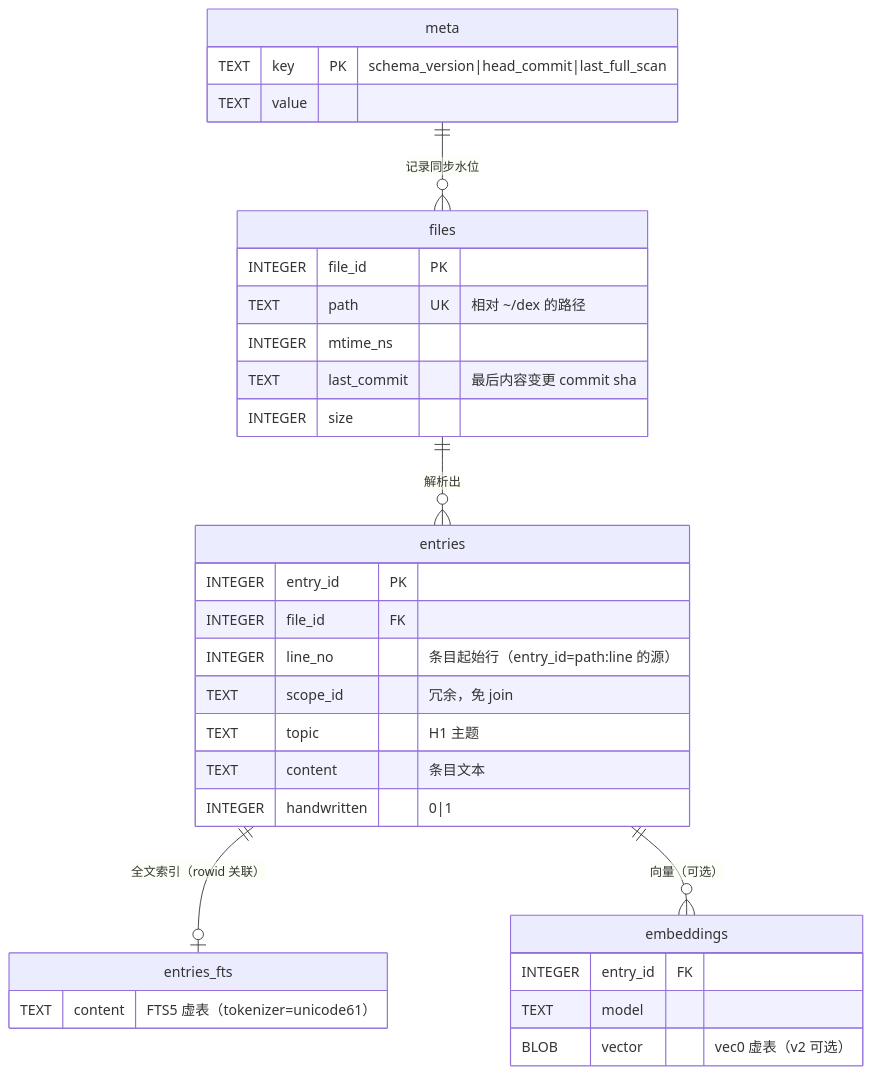
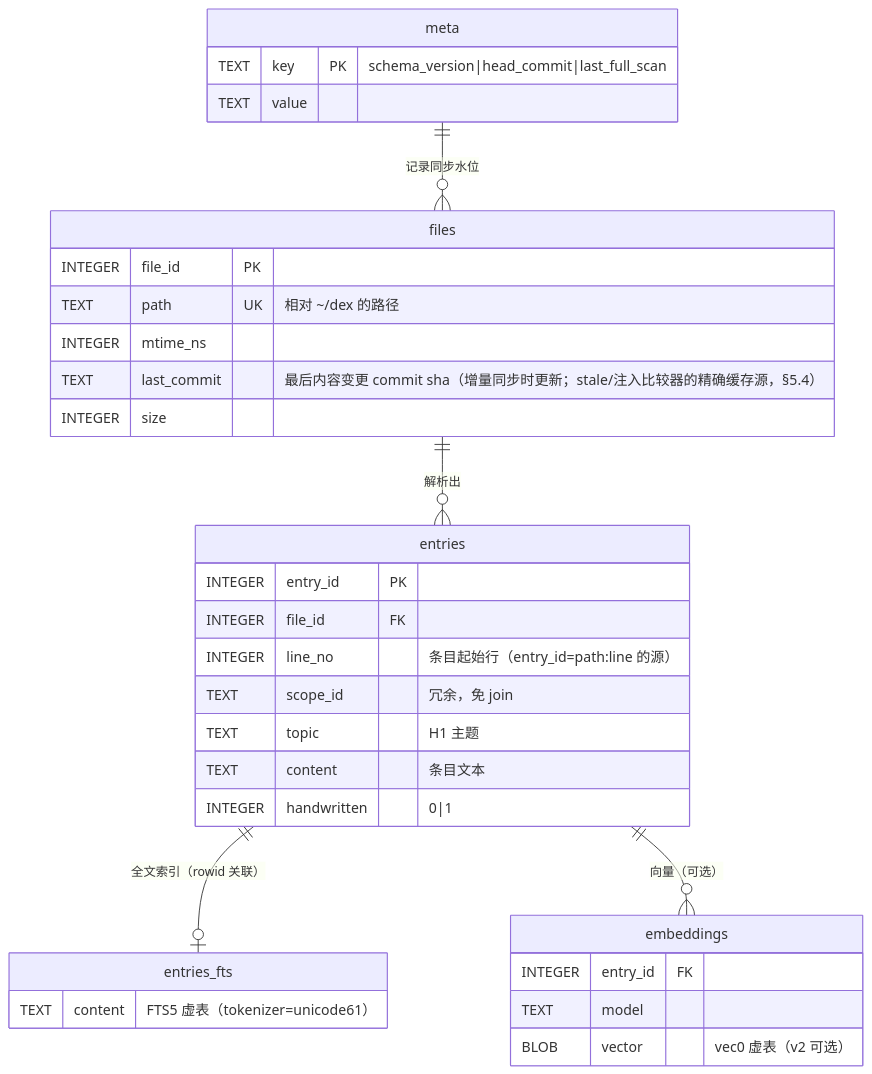
One commit to Jo0OCTsai/pokemon-remember-you changed the fifth of 15 diagrams in docs/DESIGN.md. Above: the diagram before and after it, drawn with Mermaid. The commit also changed other lines of this file and 5 other files, not shown here.

````diff
--- a/docs/DESIGN.md
+++ b/docs/DESIGN.md
@@ -388,36 +400,36 @@
 ```mermaid
 erDiagram
     files ||--o{ entries : "解析出"
     entries ||--o| entries_fts : "全文索引（rowid 关联）"
     entries ||--o{ embeddings : "向量（可选）"
     meta ||--o{ files : "记录同步水位"
 
     files {
         INTEGER file_id PK
         TEXT path UK "相对 ~/dex 的路径"
         INTEGER mtime_ns
-        TEXT last_commit "最后内容变更 commit sha"
+        TEXT last_commit "最后内容变更 commit sha（增量同步时更新；stale/注入比较器的精确缓存源，§5.4）"
         INTEGER size
     }
     entries {
         INTEGER entry_id PK
         INTEGER file_id FK
         INTEGER line_no "条目起始行（entry_id=path:line 的源）"
         TEXT scope_id "冗余，免 join"
         TEXT topic "H1 主题"
         TEXT content "条目文本"
         INTEGER handwritten "0|1"
     }
     entries_fts {
         TEXT content "FTS5 虚表（tokenizer=unicode61）"
     }
     embeddings {
         INTEGER entry_id FK
         TEXT model
         BLOB vector "vec0 虚表（v2 可选）"
     }
     meta {
         TEXT key PK "schema_version|head_commit|last_full_scan"
         TEXT value
     }
 ```
````
